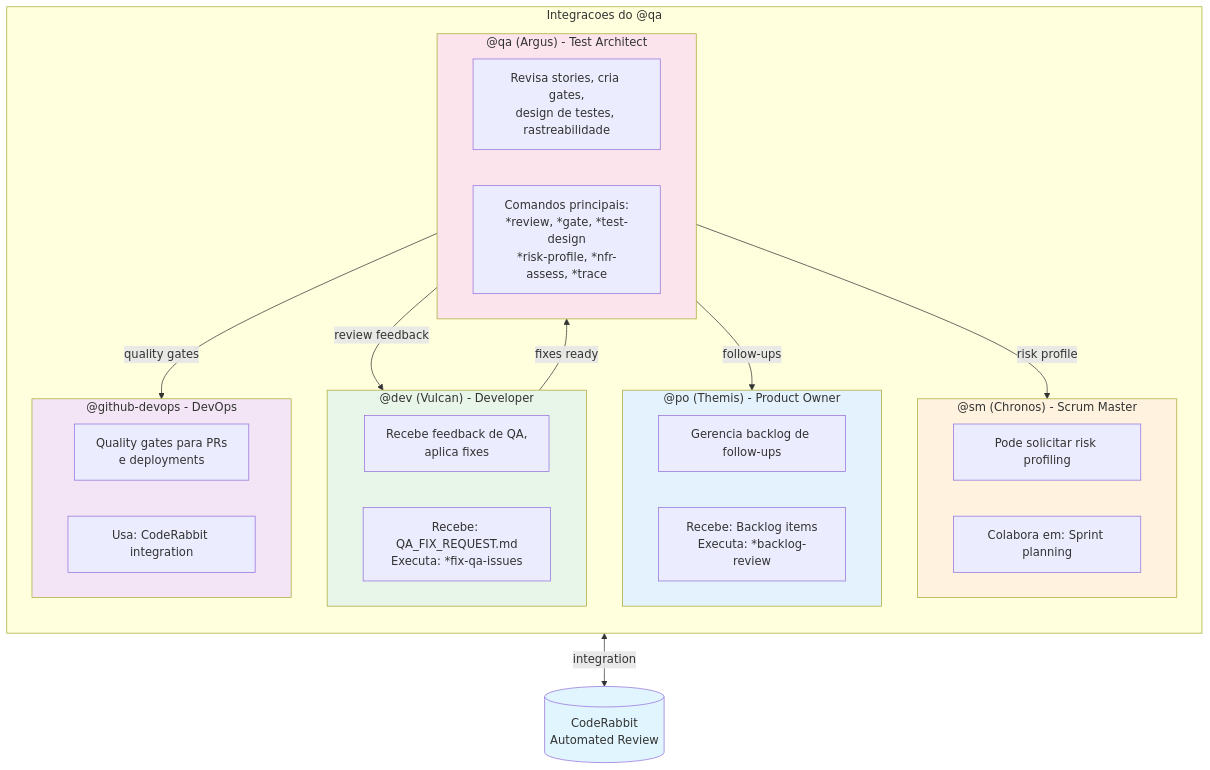
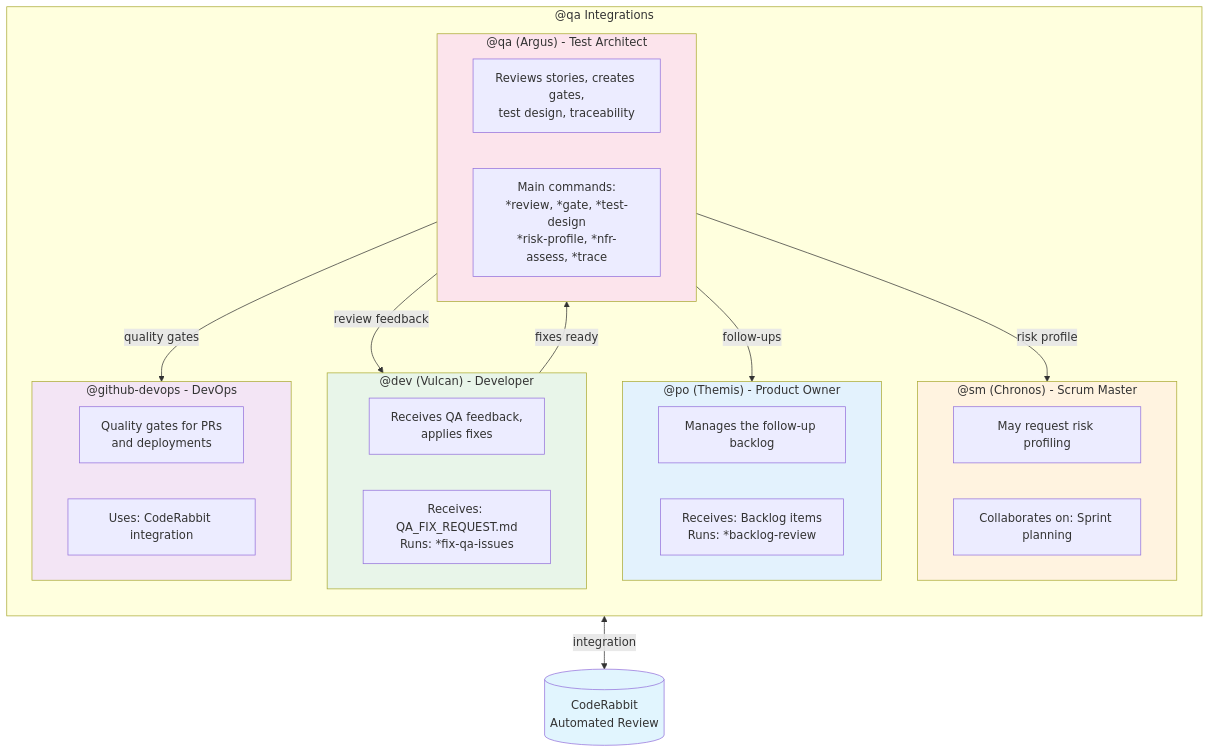
The fifth of 5 diagrams in docs/guides/agents/QA-SYSTEM.md (CyryxLabs/AEXOS), drawn with Mermaid before and after one commit. The commit also changed other lines of this file and 528 other files, not shown here.

````diff
--- a/docs/guides/agents/QA-SYSTEM.md
+++ b/docs/guides/agents/QA-SYSTEM.md
@@ -427,47 +427,47 @@
 ```mermaid
 flowchart TB
-    subgraph AGENTS["Integracoes do @qa"]
+    subgraph AGENTS["@qa Integrations"]
         direction TB
 
         subgraph QA_BOX["@qa (Argus) - Test Architect"]
-            QA_DESC["Revisa stories, cria gates,<br/>design de testes, rastreabilidade"]
-            QA_CMDS["Comandos principais:<br/>*review, *gate, *test-design<br/>*risk-profile, *nfr-assess, *trace"]
+            QA_DESC["Reviews stories, creates gates,<br/>test design, traceability"]
+            QA_CMDS["Main commands:<br/>*review, *gate, *test-design<br/>*risk-profile, *nfr-assess, *trace"]
         end
 
         subgraph DEV_BOX["@dev (Vulcan) - Developer"]
-            DEV_DESC["Recebe feedback de QA,<br/>aplica fixes"]
-            DEV_CMDS["Recebe: QA_FIX_REQUEST.md<br/>Executa: *fix-qa-issues"]
+            DEV_DESC["Receives QA feedback,<br/>applies fixes"]
+            DEV_CMDS["Receives: QA_FIX_REQUEST.md<br/>Runs: *fix-qa-issues"]
         end
 
         subgraph PO_BOX["@po (Themis) - Product Owner"]
-            PO_DESC["Gerencia backlog de follow-ups"]
-            PO_CMDS["Recebe: Backlog items<br/>Executa: *backlog-review"]
+            PO_DESC["Manages the follow-up backlog"]
+            PO_CMDS["Receives: Backlog items<br/>Runs: *backlog-review"]
         end
 
         subgraph SM_BOX["@sm (Chronos) - Scrum Master"]
-            SM_DESC["Pode solicitar risk profiling"]
-            SM_CMDS["Colabora em: Sprint planning"]
+            SM_DESC["May request risk profiling"]
+            SM_CMDS["Collaborates on: Sprint planning"]
         end
 
         subgraph DEVOPS_BOX["@github-devops - DevOps"]
-            DEVOPS_DESC["Quality gates para PRs<br/>e deployments"]
-            DEVOPS_CMDS["Usa: CodeRabbit integration"]
+            DEVOPS_DESC["Quality gates for PRs<br/>and deployments"]
+            DEVOPS_CMDS["Uses: CodeRabbit integration"]
         end
     end
 
     QA_BOX -->|"review feedback"| DEV_BOX
     QA_BOX -->|"follow-ups"| PO_BOX
     QA_BOX -->|"risk profile"| SM_BOX
     QA_BOX -->|"quality gates"| DEVOPS_BOX
     DEV_BOX -->|"fixes ready"| QA_BOX
 
     CODERABBIT[("CodeRabbit<br/>Automated Review")]
     QA_BOX <-->|"integration"| CODERABBIT
 
     style QA_BOX fill:#fce4ec
     style DEV_BOX fill:#e8f5e9
     style PO_BOX fill:#e3f2fd
     style SM_BOX fill:#fff3e0
     style DEVOPS_BOX fill:#f3e5f5
     style CODERABBIT fill:#e1f5fe
 ```
````
